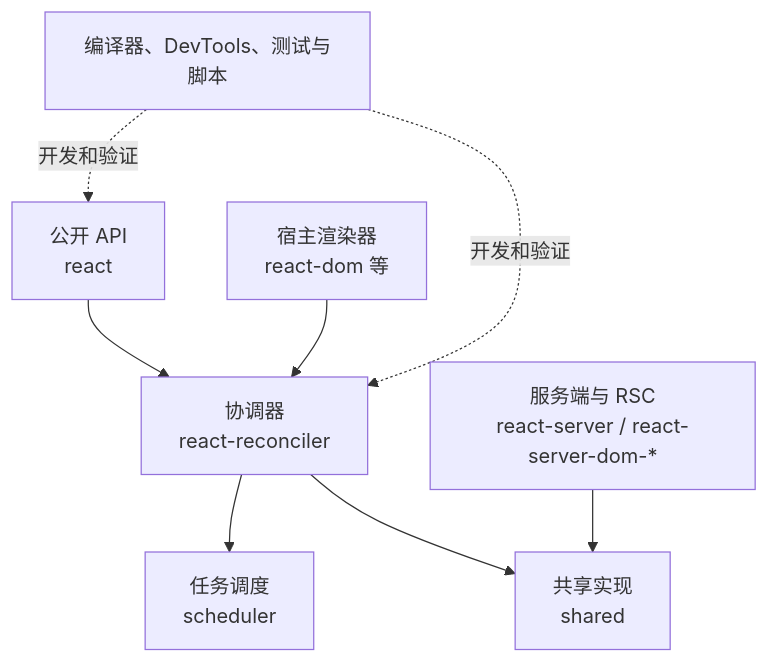
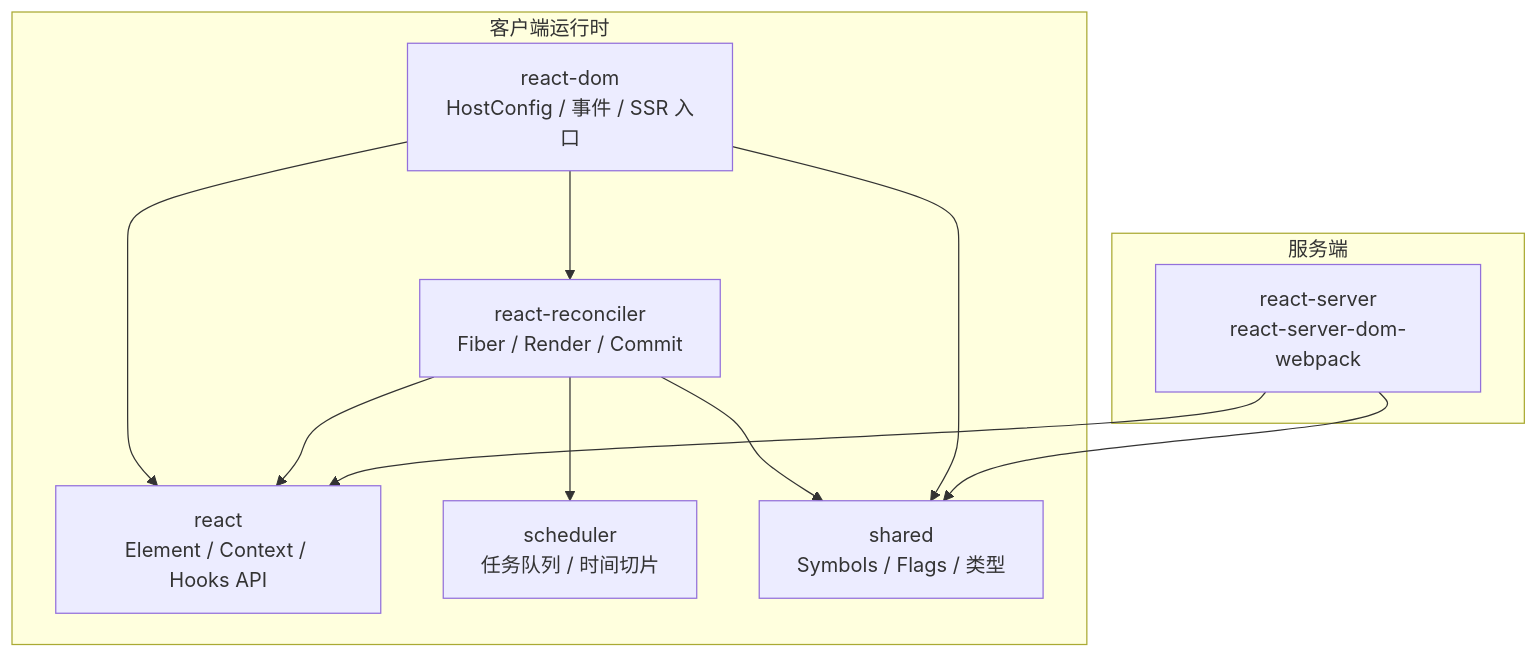
One commit to sentibeitaokong/CoreFront-EndConcepts changed the first of 3 diagrams in apps/docs/frameworks/react/advanced/source-code/sourceCodeCatalog.md. Above: the diagram before and after it, drawn with Mermaid. The commit also changed other lines of this file and 20 other files, not shown here.

````diff
--- a/apps/docs/frameworks/react/advanced/source-code/sourceCodeCatalog.md
+++ b/apps/docs/frameworks/react/advanced/source-code/sourceCodeCatalog.md
@@ -13,10 +37,21 @@
 ```mermaid
 flowchart TD
-    Public[公开 API<br/>react] --> Reconciler[协调器<br/>react-reconciler]
-    Renderer[宿主渲染器<br/>react-dom 等] --> Reconciler
-    Reconciler --> Scheduler[任务调度<br/>scheduler]
-    Reconciler --> Shared[共享实现<br/>shared]
-    Server[服务端与 RSC<br/>react-server / react-server-dom-*] --> Shared
-    Tooling[编译器、DevTools、测试与脚本] -. 开发和验证 .-> Public
-    Tooling -. 开发和验证 .-> Reconciler
+    subgraph 客户端运行时
+        DOM[react-dom<br/>HostConfig / 事件 / SSR 入口]
+        RECON[react-reconciler<br/>Fiber / Render / Commit]
+        REACT[react<br/>Element / Context / Hooks API]
+        SCHED[scheduler<br/>任务队列 / 时间切片]
+        SHARED[shared<br/>Symbols / Flags / 类型]
+    end
+    subgraph 服务端
+        SRV[react-server<br/>react-server-dom-webpack]
+    end
+    DOM --> RECON
+    DOM --> REACT
+    RECON --> REACT
+    RECON --> SCHED
+    RECON --> SHARED
+    DOM --> SHARED
+    SRV --> REACT
+    SRV --> SHARED
 ```
````
